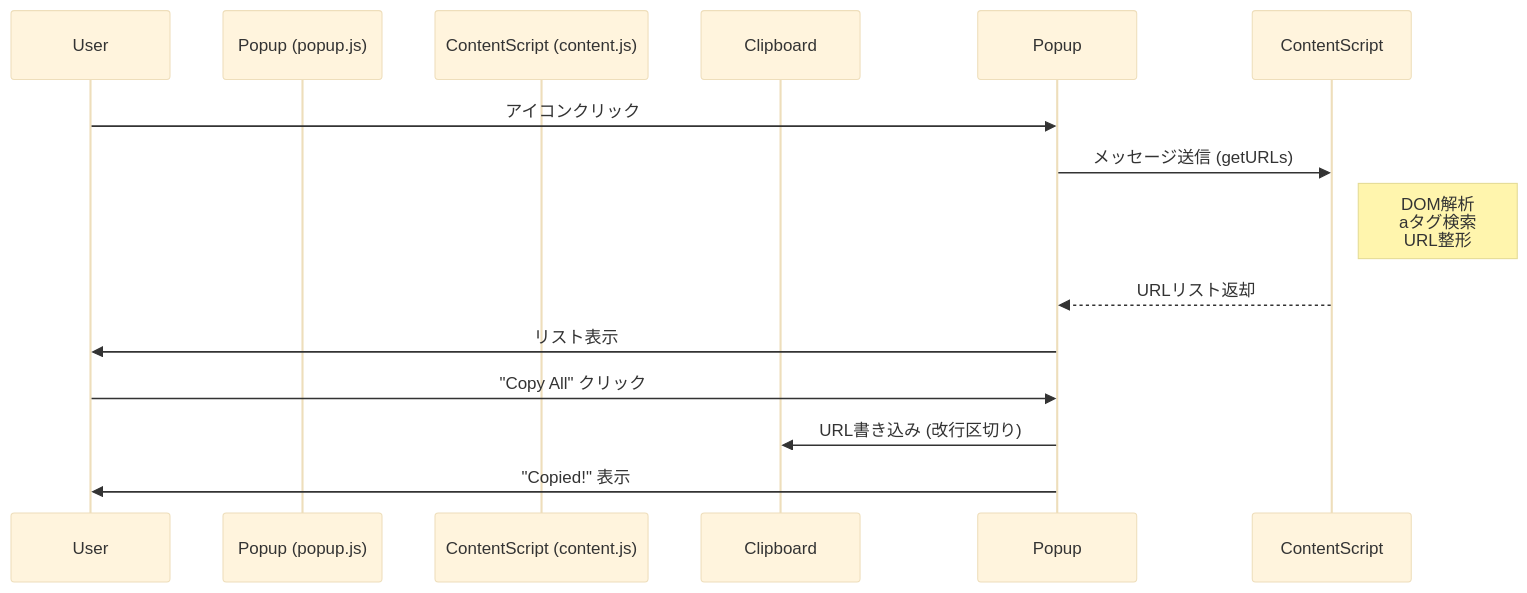
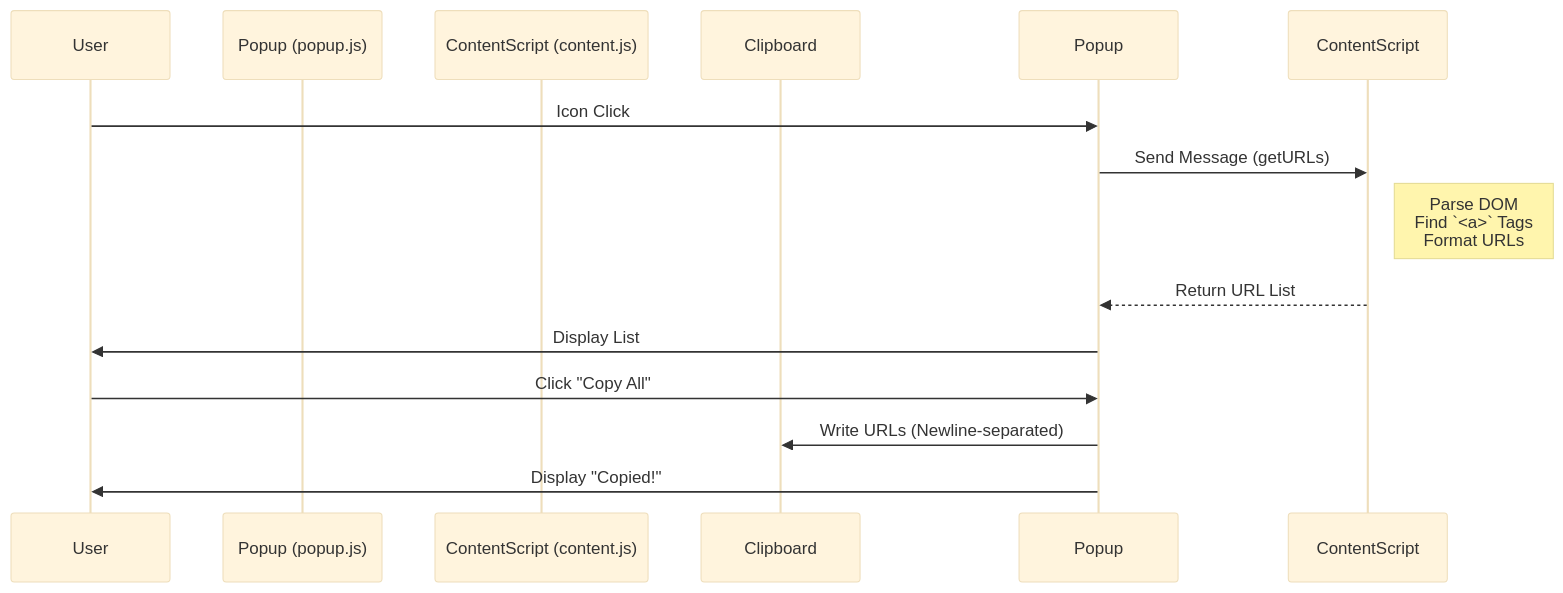
Before and after one commit to jackasser/youtube-url-extractor: the diagram in README.md, drawn with Mermaid (base theme). The commit also changed other lines of this file and 2 other files, not shown here.

Commit message:
feat: Internationalize README by moving Japanese content to `README.ja.md` and making `README.md` English.

````diff
--- a/README.md
+++ b/README.md
@@ -28,16 +30,16 @@
 ```mermaid
 sequenceDiagram
     participant User
     participant Popup (popup.js)
     participant ContentScript (content.js)
     participant Clipboard
 
-    User->>Popup: アイコンクリック
-    Popup->>ContentScript: メッセージ送信 (getURLs)
-    Note right of ContentScript: DOM解析<br/>aタグ検索<br/>URL整形
-    ContentScript-->>Popup: URLリスト返却
-    Popup->>User: リスト表示
-    User->>Popup: "Copy All" クリック
-    Popup->>Clipboard: URL書き込み (改行区切り)
-    Popup->>User: "Copied!" 表示
+    User->>Popup: Icon Click
+    Popup->>ContentScript: Send Message (getURLs)
+    Note right of ContentScript: Parse DOM<br/>Find `<a>` Tags<br/>Format URLs
+    ContentScript-->>Popup: Return URL List
+    Popup->>User: Display List
+    User->>Popup: Click "Copy All"
+    Popup->>Clipboard: Write URLs (Newline-separated)
+    Popup->>User: Display "Copied!"
 ```
````
